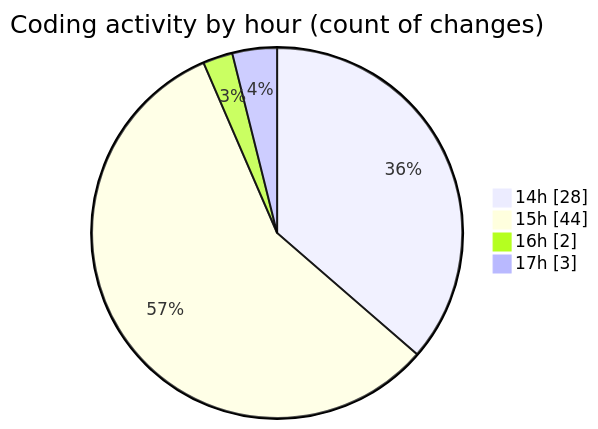
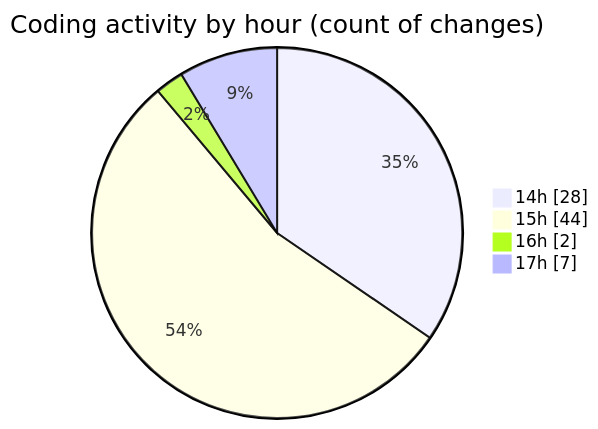
The second of 2 diagrams in 2025-07-01/urlwebwalatask/README.md (Ritupan-Deka/code-tracking), drawn with Mermaid before and after one commit. The commit also changed other lines of this file and 1 other file, not shown here.

````diff
--- a/2025-07-01/urlwebwalatask/README.md
+++ b/2025-07-01/urlwebwalatask/README.md
@@ -43,8 +43,8 @@
 ```mermaid
 pie showData
 title Coding activity by hour (count of changes)
 "14h" : 28
 "15h" : 44
 "16h" : 2
-"17h" : 3
+"17h" : 7
 ```
````
